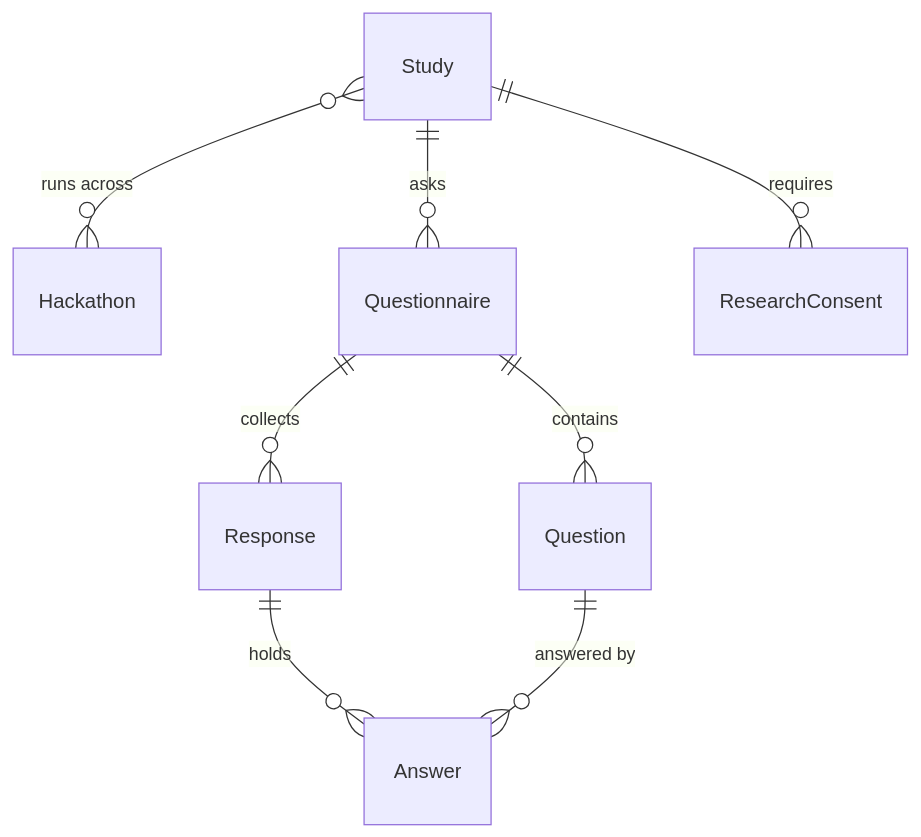
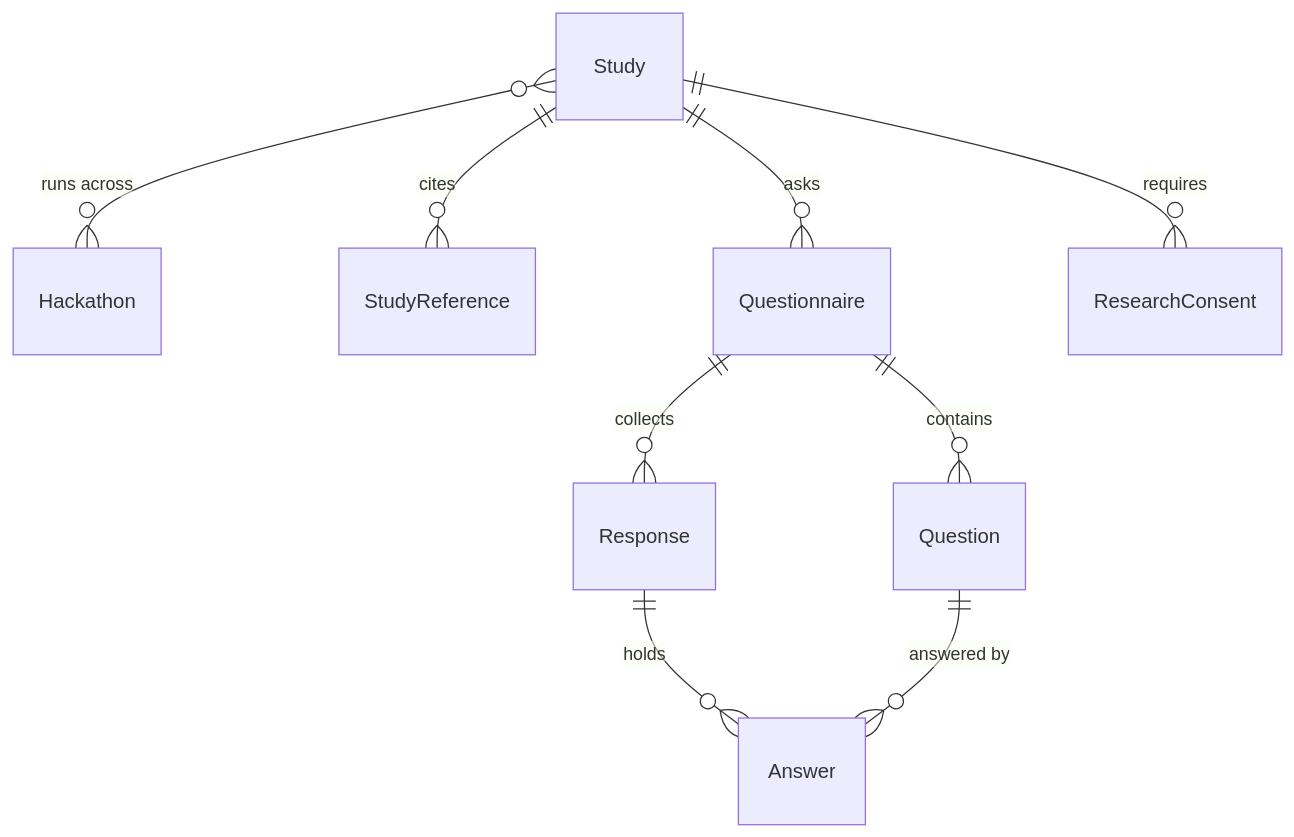
Before and after one commit to avisalmon/Render: the second of 2 diagrams in docs/crashtech/data_model.md, drawn with Mermaid. The commit also changed other lines of this file and 1 other file, not shown here.

````diff
--- a/docs/crashtech/data_model.md
+++ b/docs/crashtech/data_model.md
@@ -45,10 +46,11 @@
 ```mermaid
 erDiagram
     Study }o--o{ Hackathon : "runs across"
+    Study ||--o{ StudyReference : "cites"
     Study ||--o{ Questionnaire : "asks"
     Study ||--o{ ResearchConsent : "requires"
     Questionnaire ||--o{ Question : "contains"
     Questionnaire ||--o{ Response : "collects"
     Response ||--o{ Answer : "holds"
     Question ||--o{ Answer : "answered by"
 ```
````
